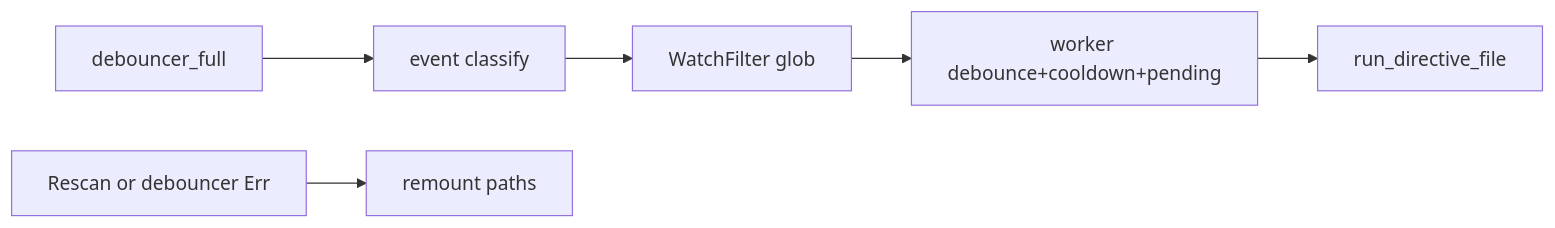
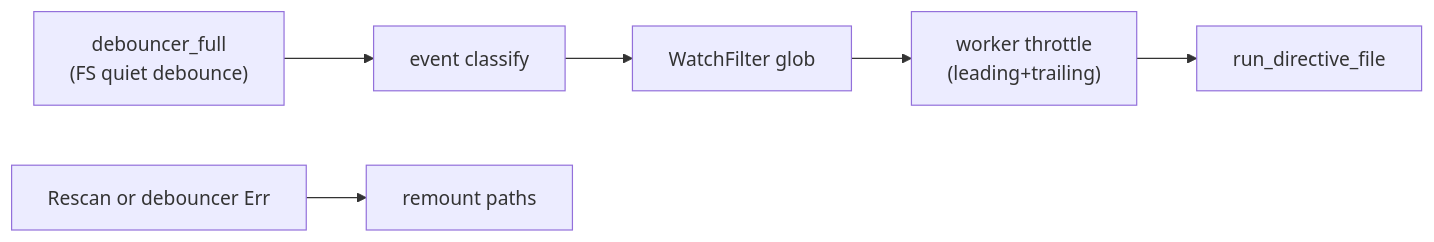
Before and after one commit to layenbrank/corex: the third of 3 diagrams in docs/reference/架构.md, drawn with Mermaid. The commit also changed other lines of this file and 12 other files, not shown here.

````diff
--- a/docs/reference/架构.md
+++ b/docs/reference/架构.md
@@ -124,8 +140,8 @@
 ```mermaid
 flowchart LR
-    Debouncer[debouncer_full] --> Classify[event classify]
+    Debouncer["debouncer_full\n(FS quiet debounce)"] --> Classify[event classify]
     Classify --> Filter[WatchFilter glob]
-    Filter --> Worker[worker debounce+cooldown+pending]
-    Worker --> Run[run_directive_file]
+    Filter --> Throttle["worker throttle\n(leading+trailing)"]
+    Throttle --> Run[run_directive_file]
     Err[Rescan or debouncer Err] --> Remount[remount paths]
 ```
````
